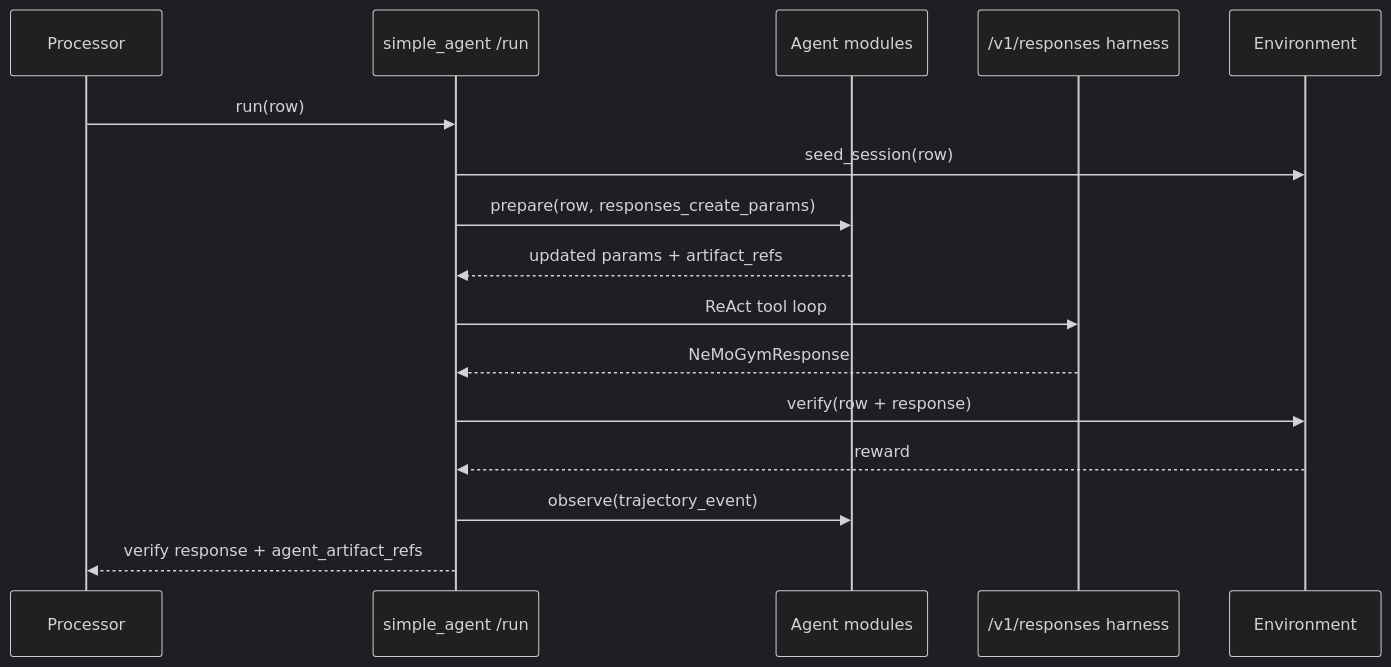
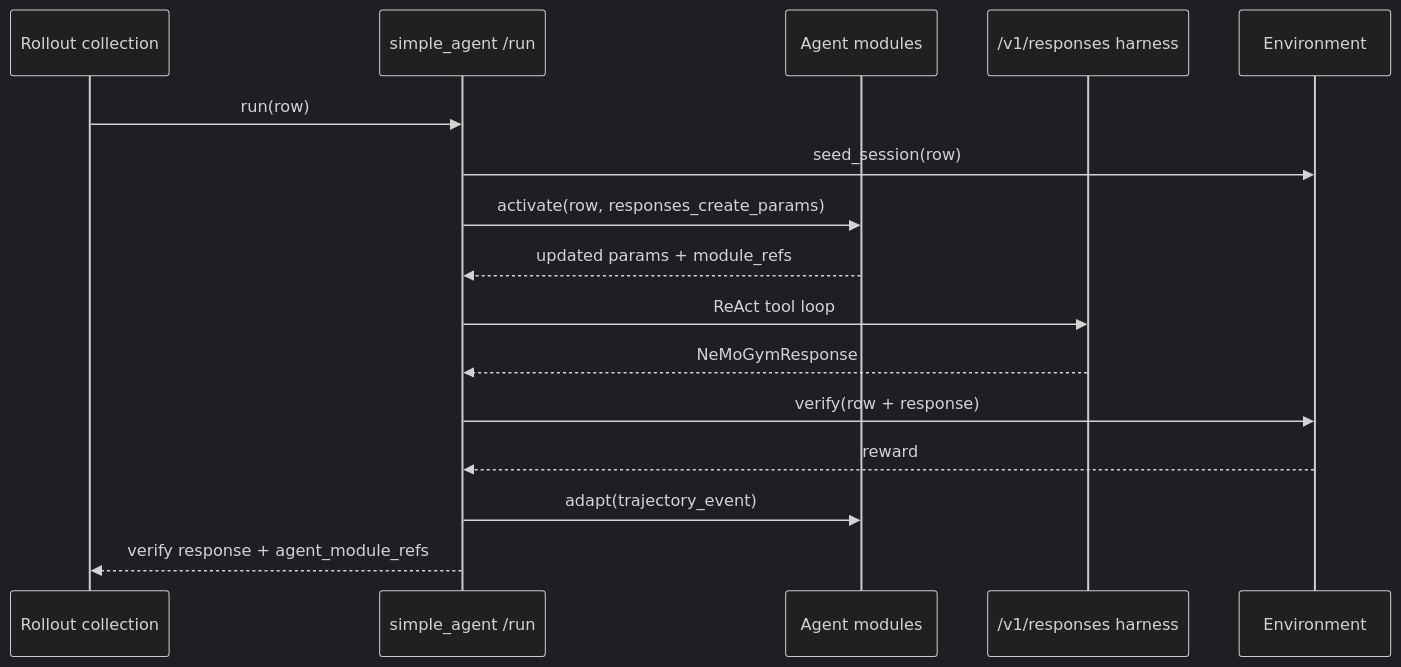
The diagram in fern/versions/latest/pages/researchnotes/agent-modules.mdx (NVIDIA-NeMo/Gym), drawn with Mermaid (dark theme) before and after one commit. The commit also changed other lines of this file and 10 other files, not shown here.

````diff
--- a/fern/versions/latest/pages/researchnotes/agent-modules.mdx
+++ b/fern/versions/latest/pages/researchnotes/agent-modules.mdx
@@ -79,19 +92,19 @@
 ```mermaid
 sequenceDiagram
-    participant P as Processor
+    participant P as Rollout collection
     participant A as simple_agent /run
     participant M as Agent modules
     participant H as /v1/responses harness
     participant E as Environment
 
     P->>A: run(row)
     A->>E: seed_session(row)
-    A->>M: prepare(row, responses_create_params)
-    M-->>A: updated params + artifact_refs
+    A->>M: activate(row, responses_create_params)
+    M-->>A: updated params + module_refs
     A->>H: ReAct tool loop
     H-->>A: NeMoGymResponse
     A->>E: verify(row + response)
     E-->>A: reward
-    A->>M: observe(trajectory_event)
-  A-->>P: verify response + agent_artifact_refs
+    A->>M: adapt(trajectory_event)
+  A-->>P: verify response + agent_module_refs
 ```
````
